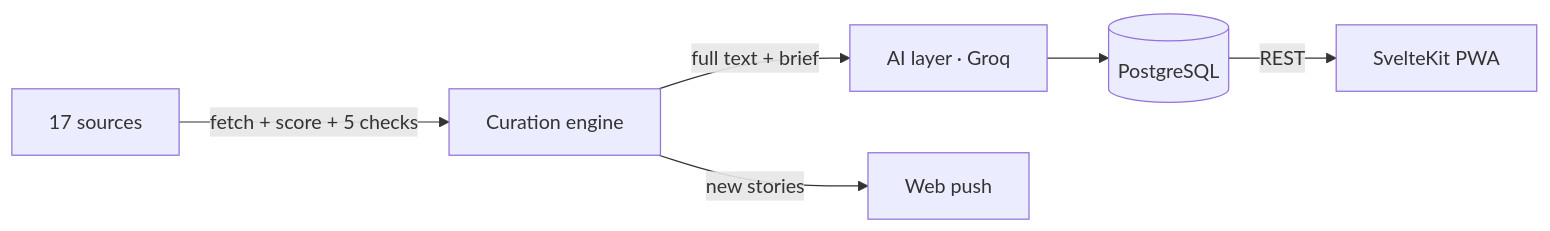
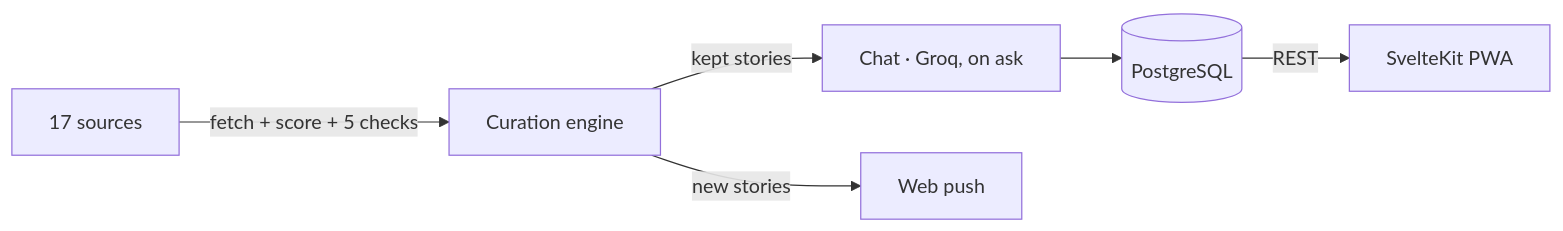
The diagram in README.md (BemnetMussa/Axon), drawn with Mermaid before and after one commit. The commit also changed other lines of this file and 9 other files, not shown here.

````diff
--- a/README.md
+++ b/README.md
@@ -174,8 +174,8 @@
 ```mermaid
 graph LR
     Sources[17 sources] -->|fetch + score + 5 checks| Engine[Curation engine]
-    Engine -->|full text + brief| AI[AI layer · Groq]
+    Engine -->|kept stories| AI[Chat · Groq, on ask]
     AI --> DB[(PostgreSQL)]
     DB -->|REST| App[SvelteKit PWA]
     Engine -->|new stories| Push[Web push]
 ```
````
